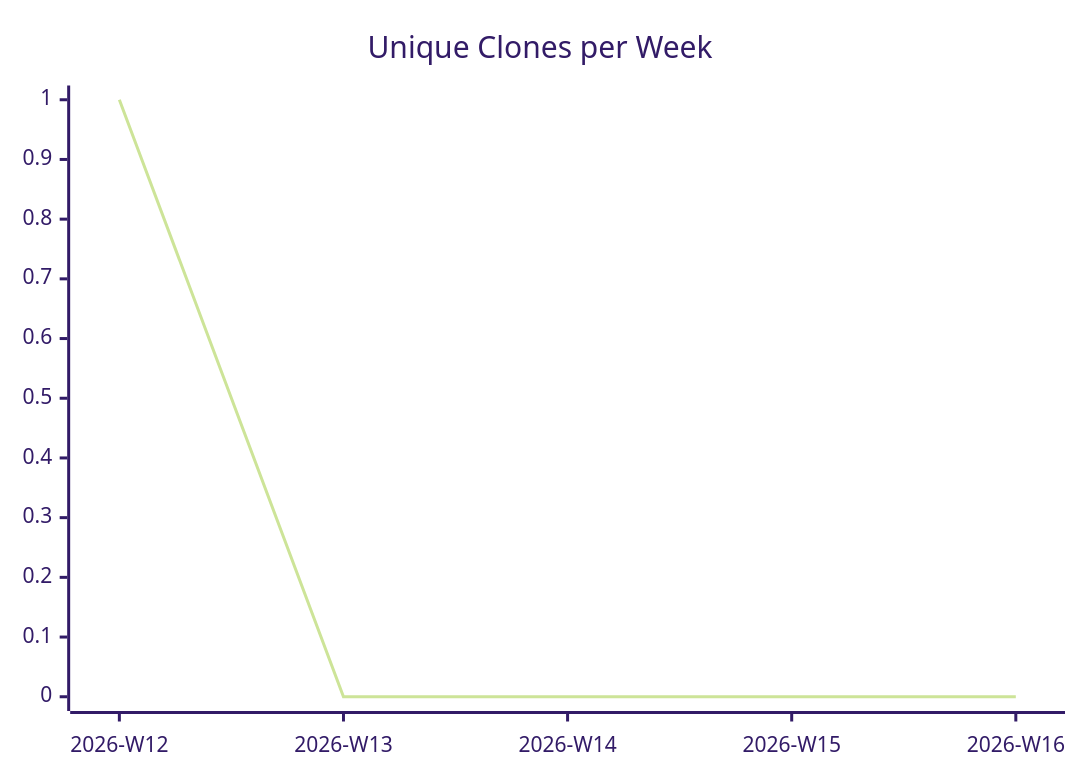
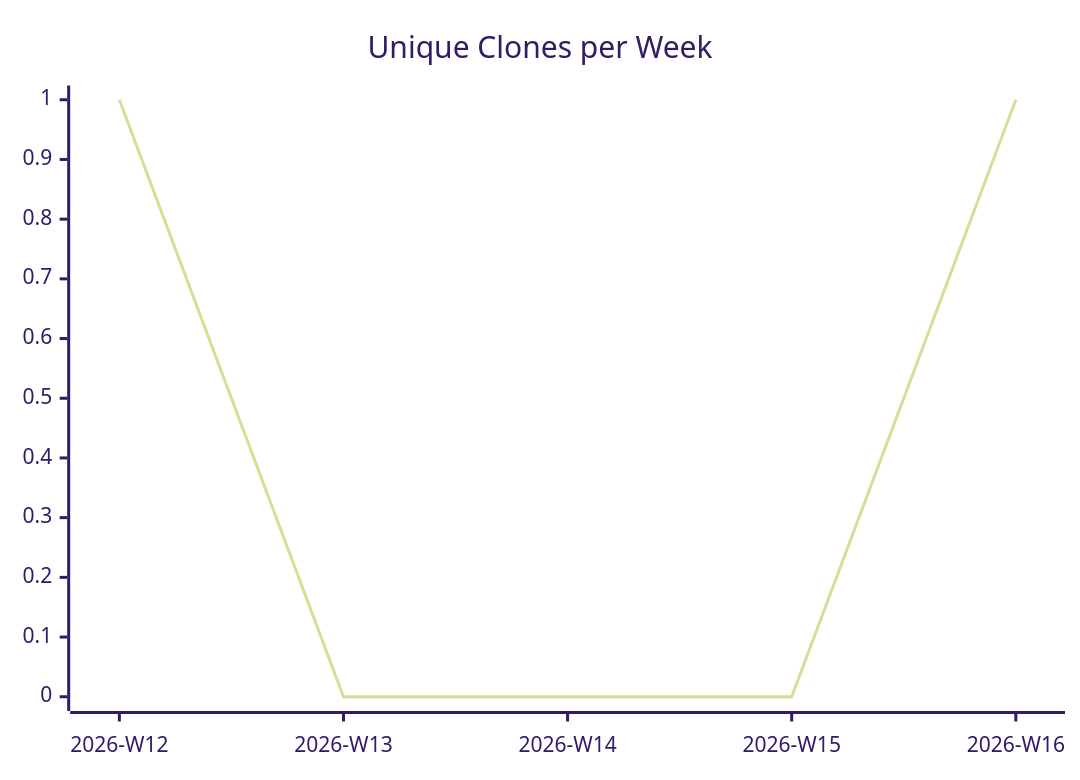
One commit to justdavis-family/github-analytics-data changed the third of 3 diagrams in karlmdavis/ansible/README.md. Above: the diagram before and after it, drawn with Mermaid (forest theme). The commit also changed other lines of this file and 176 other files, not shown here.

````diff
--- a/karlmdavis/ansible/README.md
+++ b/karlmdavis/ansible/README.md
@@ -19,6 +19,6 @@
 ```mermaid
 xychart-beta
   title "Unique Clones per Week"
   x-axis ["2026-W12", "2026-W13", "2026-W14", "2026-W15", "2026-W16"]
-  line [1, 0, 0, 0, 0]
+  line [1, 0, 0, 0, 1]
 ```
````
